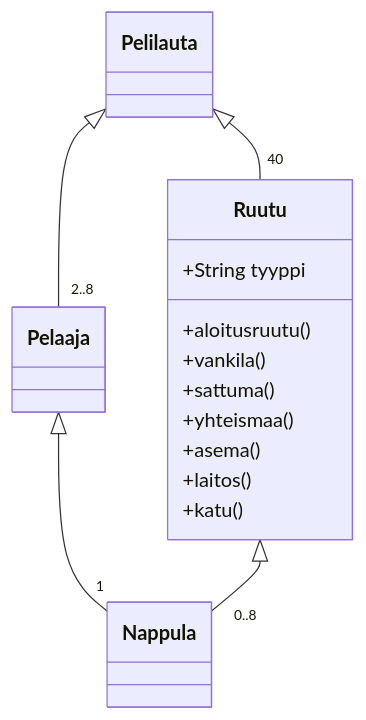
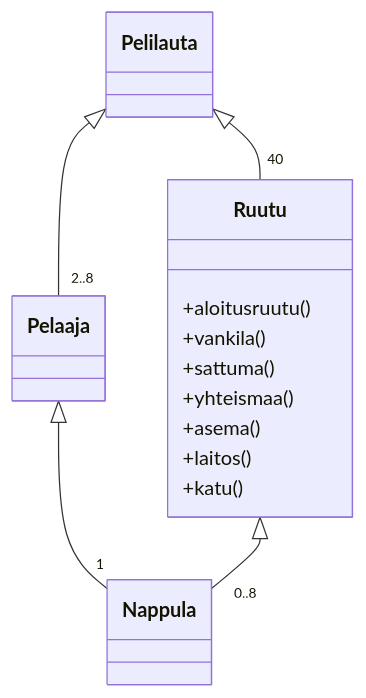
Before and after one commit to tapsamies/ot-harjoitustyo: the diagram in laskarit/viikko3/luokkkakaavio.md, drawn with Mermaid.

````diff
--- a/laskarit/viikko3/luokkkakaavio.md
+++ b/laskarit/viikko3/luokkkakaavio.md
@@ -1,30 +1,30 @@
 ```mermaid
 classDiagram
 	Pelilauta <|-- "40" Ruutu
 	Pelaaja <|-- "1" Nappula
 	Ruutu <|-- "0..8" Nappula
 	Pelilauta <|-- "2..8" Pelaaja
 	class Ruutu{
-		+String tyyppi
+		
 		+aloitusruutu()
 		+vankila()
 		+sattuma()
 		+yhteismaa()
 		+asema()
 		+laitos()
 		+katu()
 	
 	}
 	
 
 
 
 
 
 
 
 
 
 
 
 ```
````
